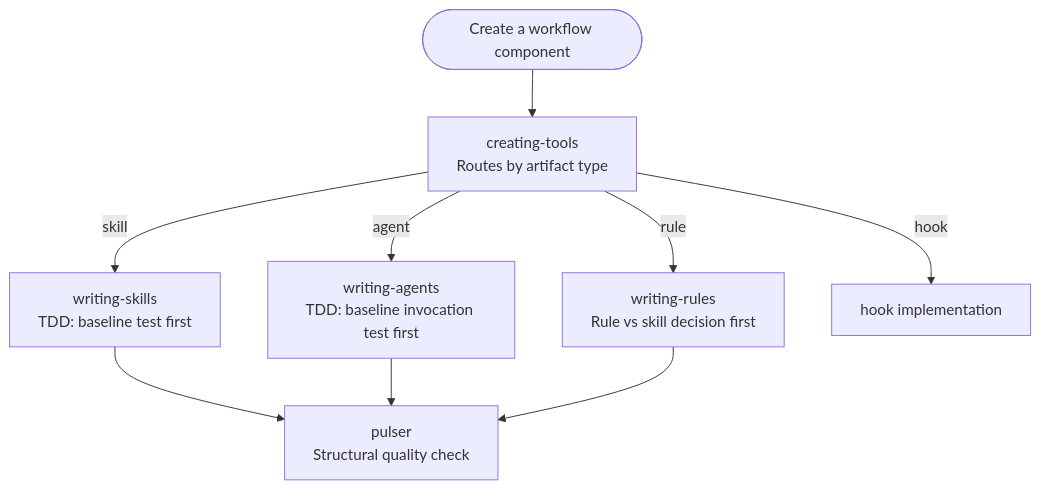
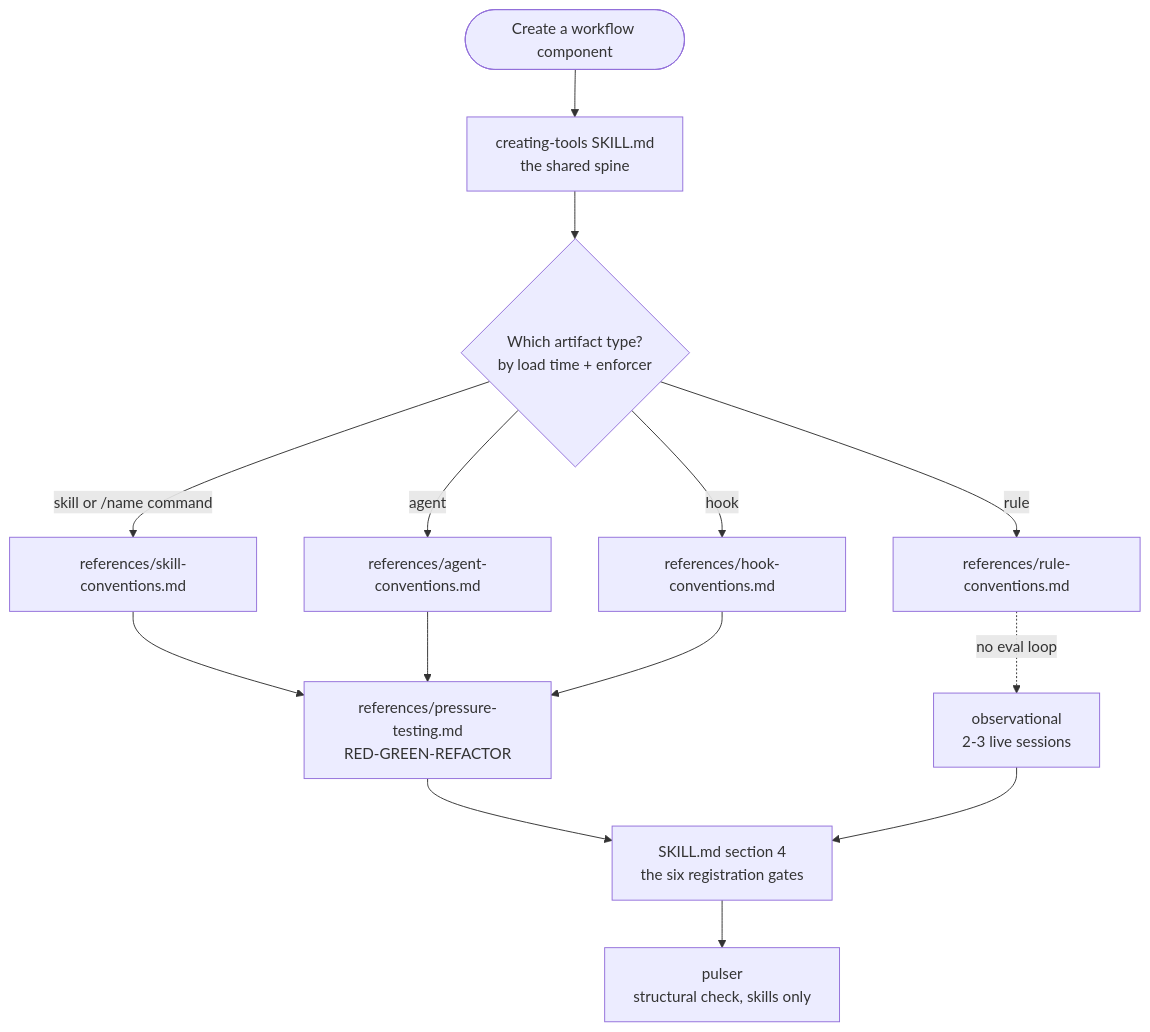
Before and after one commit to TeamClyde/clydes_claude: the second of 2 diagrams in docs/reference/workflow-map.md, drawn with Mermaid. The commit also changed other lines of this file and 6 other files, not shown here.

```diff
--- a/docs/reference/workflow-map.md
+++ b/docs/reference/workflow-map.md
@@ -54,11 +54,16 @@
 ~~~mermaid
 flowchart TD
-    Intent([Create a workflow component]) --> CT[creating-tools\nRoutes by artifact type]
-    CT -->|skill| WS[writing-skills\nTDD: baseline test first]
-    CT -->|agent| WA[writing-agents\nTDD: baseline invocation test first]
-    CT -->|rule| WR[writing-rules\nRule vs skill decision first]
-    CT -->|hook| Hook[hook implementation]
-    WS --> Pulser[pulser\nStructural quality check]
-    WA --> Pulser
-    WR --> Pulser
+    Intent([Create a workflow component]) --> CT[creating-tools SKILL.md\nthe shared spine]
+    CT --> Sel{Which artifact type?\nby load time + enforcer}
+    Sel -->|skill or /name command| RS[references/skill-conventions.md]
+    Sel -->|agent| RA[references/agent-conventions.md]
+    Sel -->|rule| RR[references/rule-conventions.md]
+    Sel -->|hook| RH[references/hook-conventions.md]
+    RS --> PT[references/pressure-testing.md\nRED-GREEN-REFACTOR]
+    RA --> PT
+    RH --> PT
+    RR -.->|no eval loop| Obs[observational\n2-3 live sessions]
+    PT --> Gates[SKILL.md section 4\nthe six registration gates]
+    Obs --> Gates
+    Gates --> Pulser[pulser\nstructural check, skills only]
 ~~~
```
